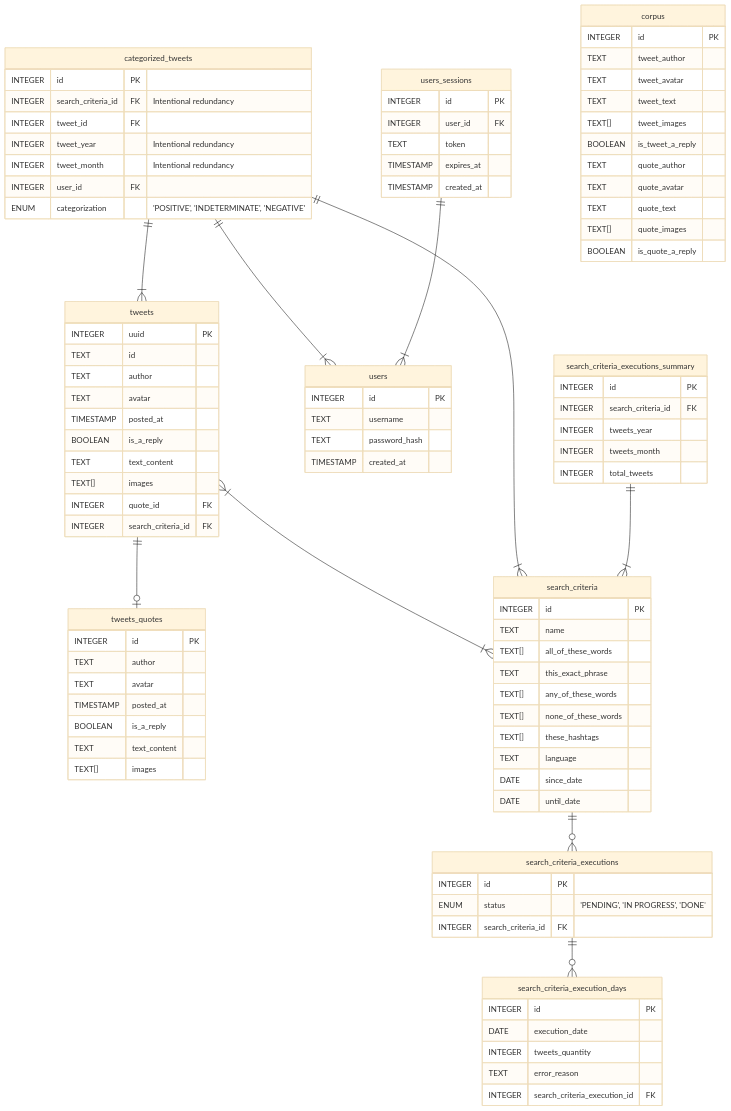
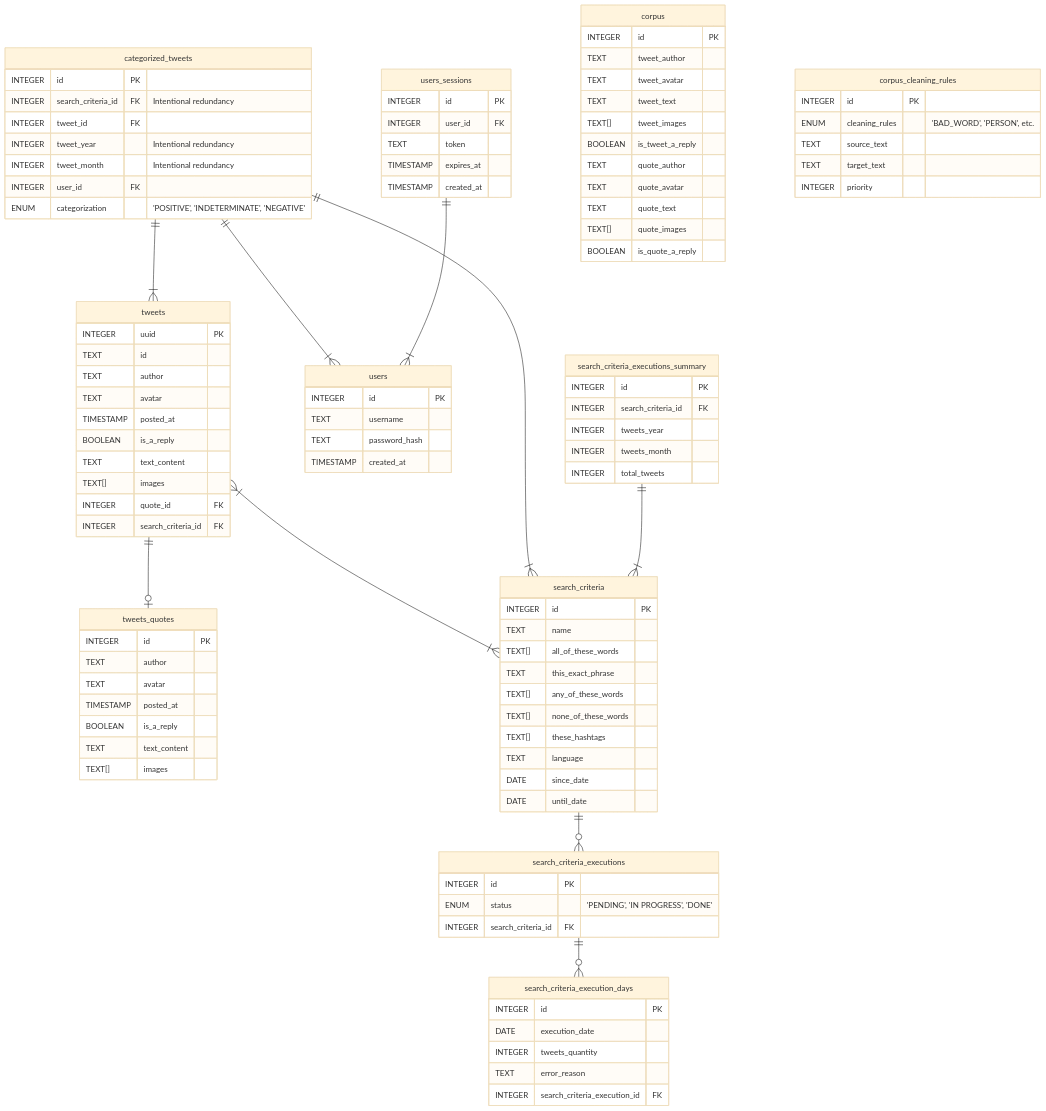
The diagram in README.md (lhbelfanti/ahbcc), drawn with Mermaid (base theme) before and after one commit. The commit also changed 1 other file, not shown here.

Commit message:
⚡️ Added migration to create corpus_cleaning_rules table

````diff
--- a/README.md
+++ b/README.md
@@ -149,4 +149,12 @@
         TEXT[] quote_images
         BOOLEAN is_quote_a_reply
     }
+
+    corpus_cleaning_rules {
+        INTEGER id PK
+        ENUM cleaning_rules "'BAD_WORD', 'PERSON', etc."
+        TEXT source_text
+        TEXT target_text
+        INTEGER priority
+    }
 ```
````
